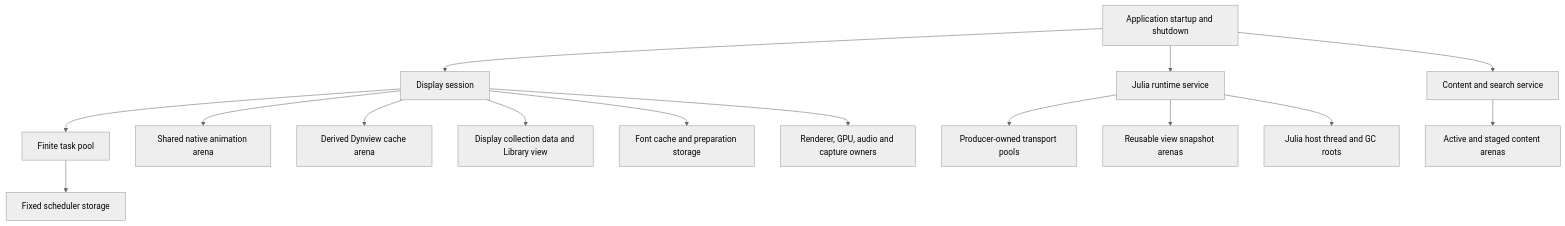
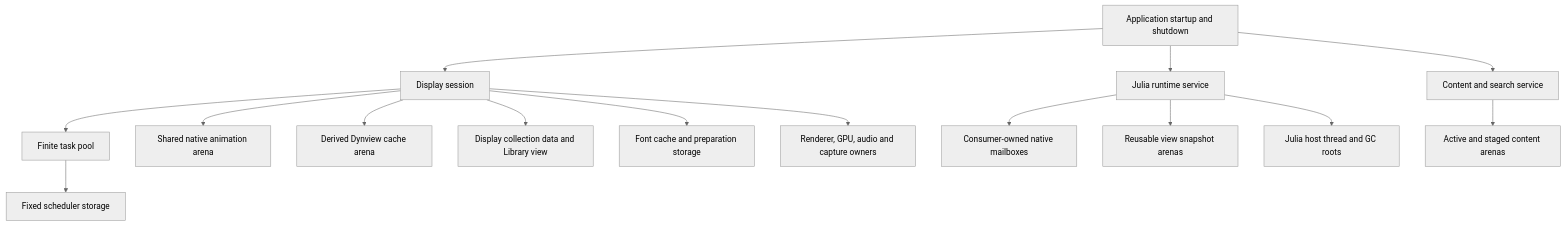
One commit to derekshoneycutt/Euclid changed the first of 2 diagrams in docs/wiki/Guides/MemoryArchitecture.md. Above: the diagram before and after it, drawn with Mermaid (neutral theme). The commit also changed other lines of this file and 46 other files, not shown here.

Commit message:
Move to consumer owned mailboxes for the Display-Julia threads communications primarily

````diff
--- a/docs/wiki/Guides/MemoryArchitecture.md
+++ b/docs/wiki/Guides/MemoryArchitecture.md
@@ -378,33 +378,33 @@
 ```mermaid
 flowchart TB
     App["Application startup and shutdown"]
     Display["Display session"]
     Bridge["Julia runtime service"]
     Content["Content and search service"]
     Pool["Finite task pool"]
     Animation["Shared native animation arena"]
     Cache["Derived Dynview cache arena"]
     Library["Display collection data and Library view"]
     Font["Font cache and preparation storage"]
     Native["Renderer, GPU, audio and capture owners"]
-    Links["Producer-owned transport pools"]
+    Links["Consumer-owned native mailboxes"]
     Slots["Reusable view snapshot arenas"]
     Host["Julia host thread and GC roots"]
     Generations["Active and staged content arenas"]
     Scheduler["Fixed scheduler storage"]
 
     App --> Display
     App --> Bridge
     App --> Content
     Display --> Pool
     Display --> Animation
     Display --> Cache
     Display --> Library
     Display --> Font
     Display --> Native
     Bridge --> Links
     Bridge --> Slots
     Bridge --> Host
     Content --> Generations
     Pool --> Scheduler
 ```
````
